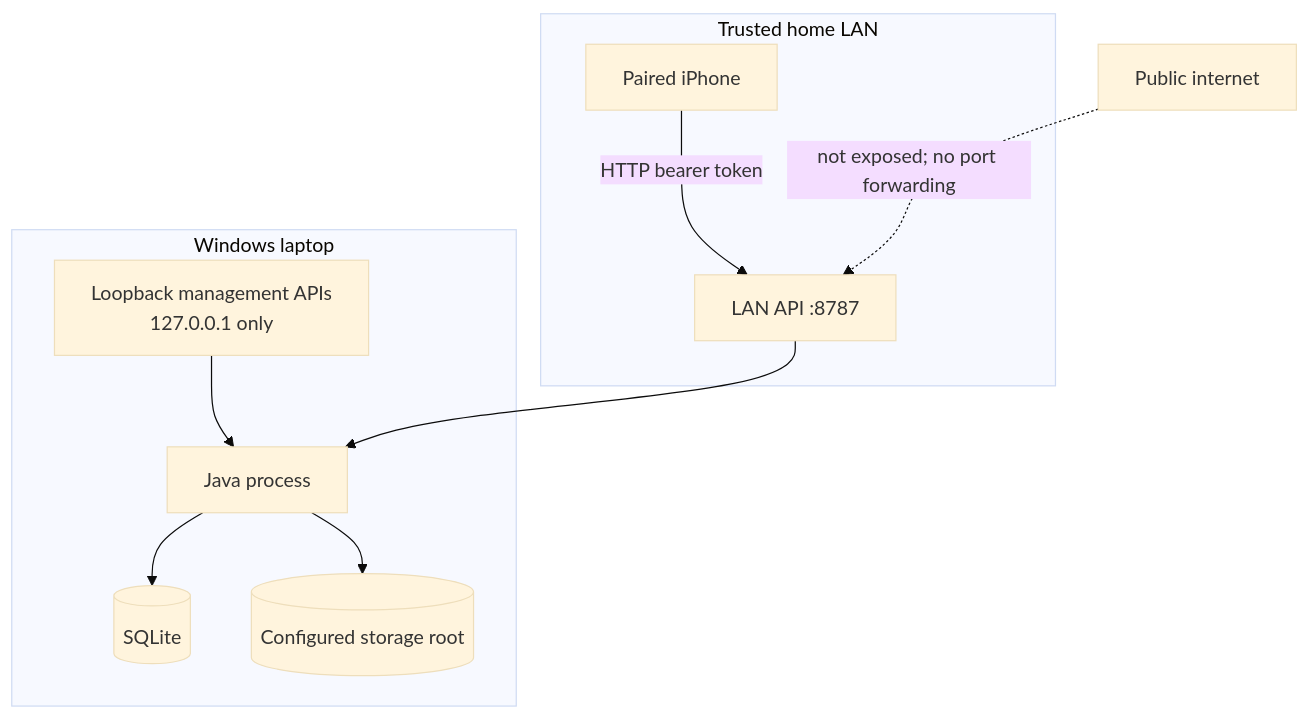
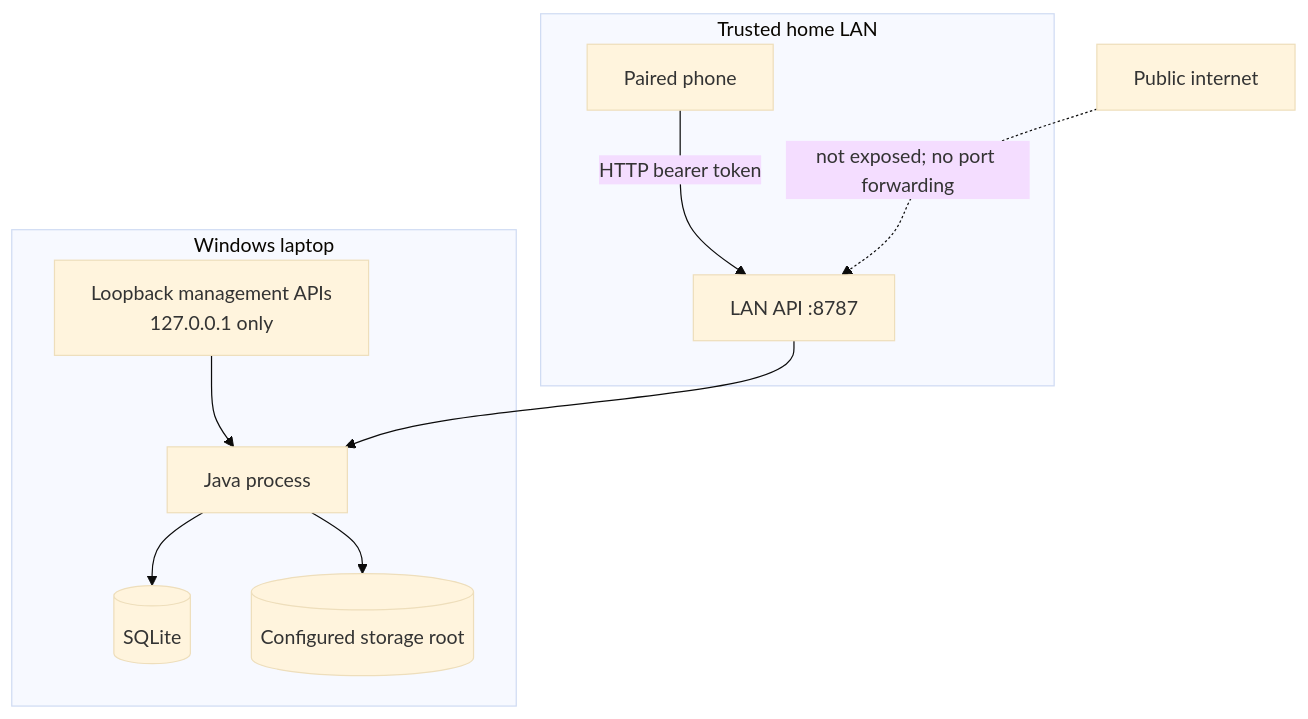
One commit to swarnav31/shove-it changed the third of 4 diagrams in docs/architecture.md. Above: the diagram before and after it, drawn with Mermaid (base theme). The commit also changed other lines of this file and 22 other files, not shown here.

````diff
--- a/docs/architecture.md
+++ b/docs/architecture.md
@@ -118,21 +118,21 @@
 ```mermaid
 flowchart TB
     subgraph LAN["Trusted home LAN"]
-        PHONE["Paired iPhone"]
+        PHONE["Paired phone"]
         API["LAN API :8787"]
         PHONE -->|"HTTP bearer token"| API
     end
 
     subgraph WINDOWS["Windows laptop"]
         LOOP["Loopback management APIs<br/>127.0.0.1 only"]
         JAVA["Java process"]
         SQLITE[("SQLite")]
         STORAGE[("Configured storage root")]
         LOOP --> JAVA
         API --> JAVA
         JAVA --> SQLITE
         JAVA --> STORAGE
     end
 
     INTERNET["Public internet"] -. "not exposed; no port forwarding" .-> API
 ```
````
